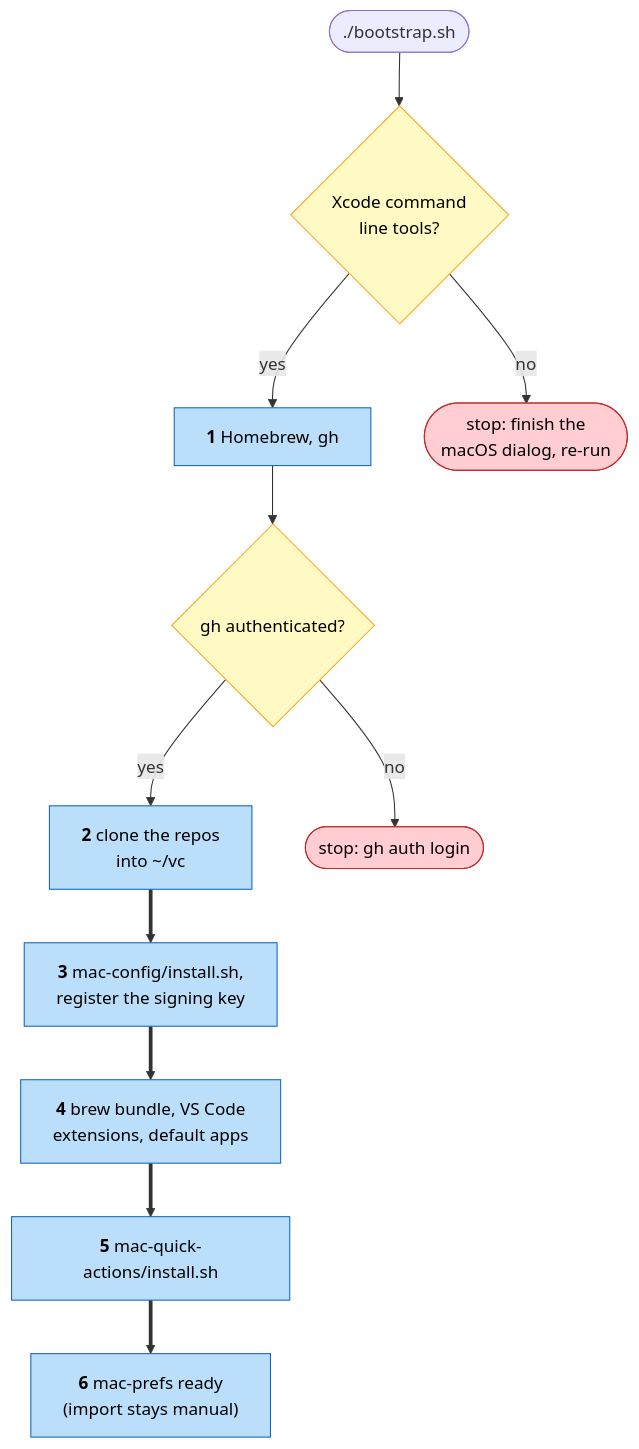
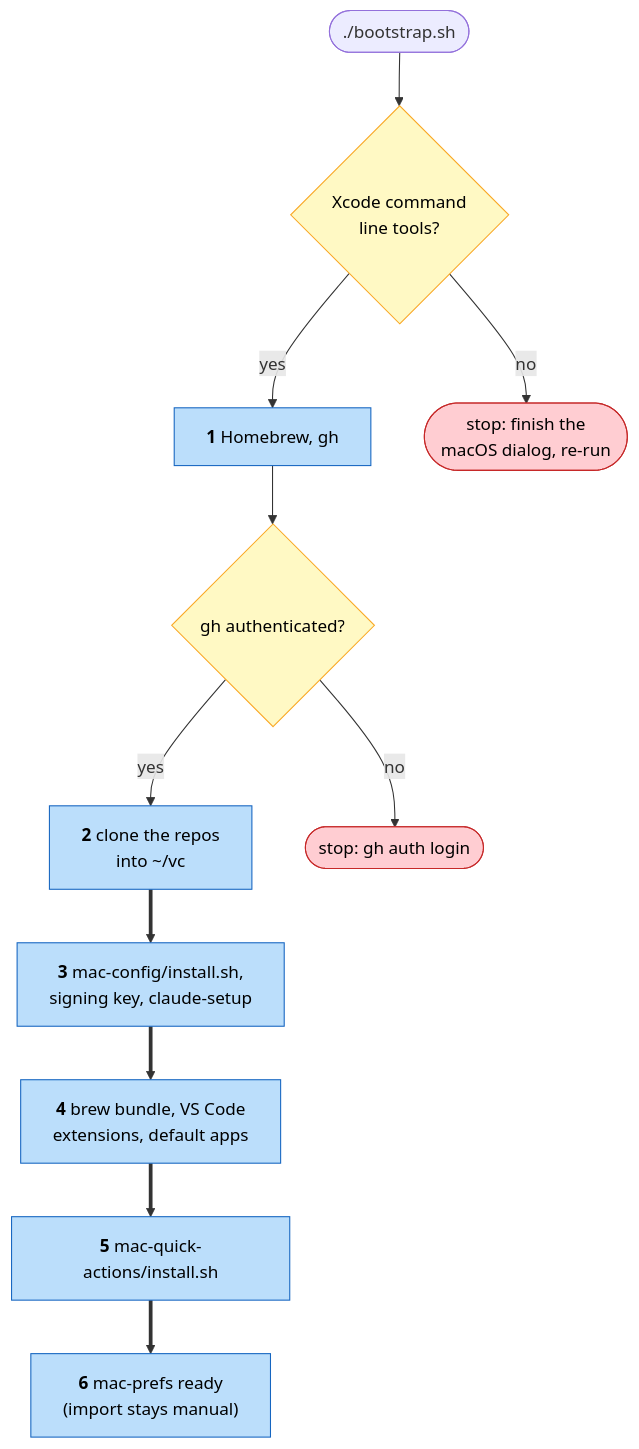
The diagram in README.md (tiavelum/mac-bootstrap), drawn with Mermaid before and after one commit. The commit also changed 1 other file, not shown here.

Commit message:
feat: clone claude-setup and run its local setup
Stage 2 clones tiavelum/claude-setup into ~/vc, and stage 3 runs its
setup-local.sh after mac-config, so ~/.claude/CLAUDE.md links to the
user instructions on a rebuilt Mac without a step by hand. The script
is non-interactive and safe to re-run. A missing script or an error is
reported with !! and the run continues. The README's stage diagram
names the step.

Closes #7

Claude-Session: https://claude.ai/code/session_01N3BDyFxBPZFJz9pRdnpRb5

````diff
--- a/README.md
+++ b/README.md
@@ -61,35 +61,35 @@
 ```mermaid
 flowchart TB
   S(["`./bootstrap.sh`"])
   X1{"`Xcode command
   line tools?`"}
   BREW["`**1** Homebrew, gh`"]
   X2{"`gh authenticated?`"}
   CLONE["`**2** clone the repos
   into ~/vc`"]
   WIRE["`**3** mac-config/install.sh,
-  register the signing key`"]
+  signing key, claude-setup`"]
   APPS["`**4** brew bundle, VS Code
   extensions, default apps`"]
   TOOLS["`**5** mac-quick-actions/install.sh`"]
   PREFS["`**6** mac-prefs ready
   (import stays manual)`"]
   STOP1(["`stop: finish the
   macOS dialog, re-run`"])
   STOP2(["`stop: gh auth login`"])
 
   S --> X1
   X1 -->|no| STOP1
   X1 -->|yes| BREW
   BREW --> X2
   X2 -->|no| STOP2
   X2 -->|yes| CLONE
   CLONE ==> WIRE ==> APPS ==> TOOLS ==> PREFS
 
   classDef stop fill:#FFCDD2,stroke:#C62828,color:#000
   classDef gate fill:#FFF9C4,stroke:#F9A825,color:#000
   classDef step fill:#BBDEFB,stroke:#1565C0,color:#000
   class STOP1,STOP2 stop
   class X1,X2 gate
   class BREW,CLONE,WIRE,APPS,TOOLS,PREFS step
 ```
````
